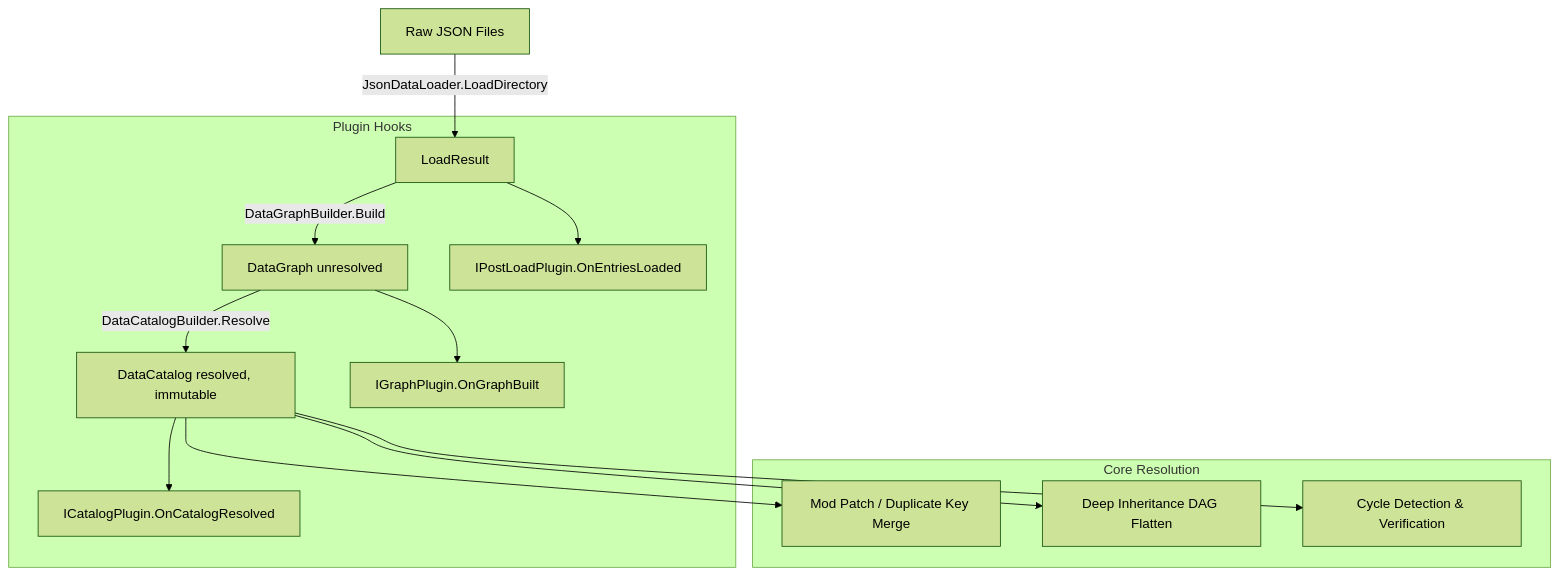
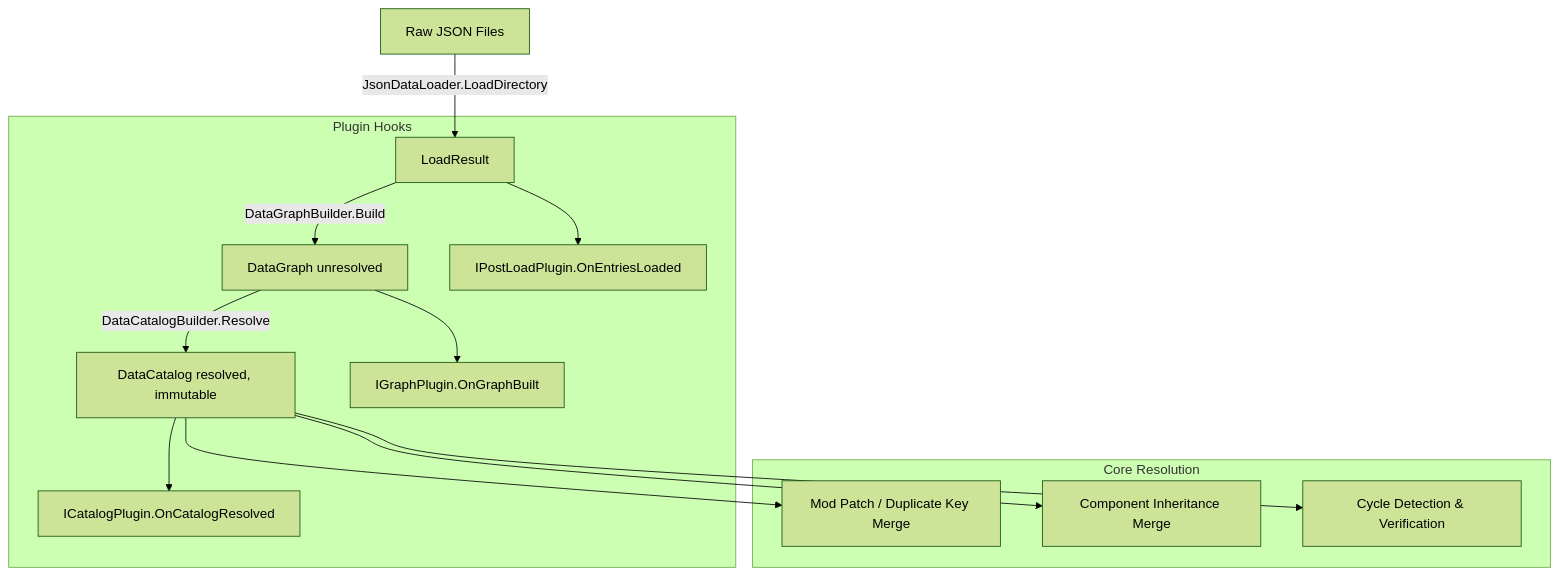
Before and after one commit to fm39hz/DataCatalyst: the diagram in README.md, drawn with Mermaid (forest theme). The commit also changed other lines of this file and 1 other file, not shown here.

````diff
--- a/README.md
+++ b/README.md
@@ -58,18 +58,18 @@
 ```mermaid
 graph TD
     A[Raw JSON Files] -->|JsonDataLoader.LoadDirectory| B[LoadResult]
     B -->|DataGraphBuilder.Build| C[DataGraph unresolved]
     C -->|DataCatalogBuilder.Resolve| D[DataCatalog resolved, immutable]
 
     subgraph Plugin Hooks
         B --> P1[IPostLoadPlugin.OnEntriesLoaded]
         C --> P2[IGraphPlugin.OnGraphBuilt]
         D --> P3[ICatalogPlugin.OnCatalogResolved]
     end
 
     subgraph Core Resolution
         D --> D1[Mod Patch / Duplicate Key Merge]
-        D --> D2[Deep Inheritance DAG Flatten]
+        D --> D2[Component Inheritance Merge]
         D --> D3[Cycle Detection & Verification]
     end
 ```
````
